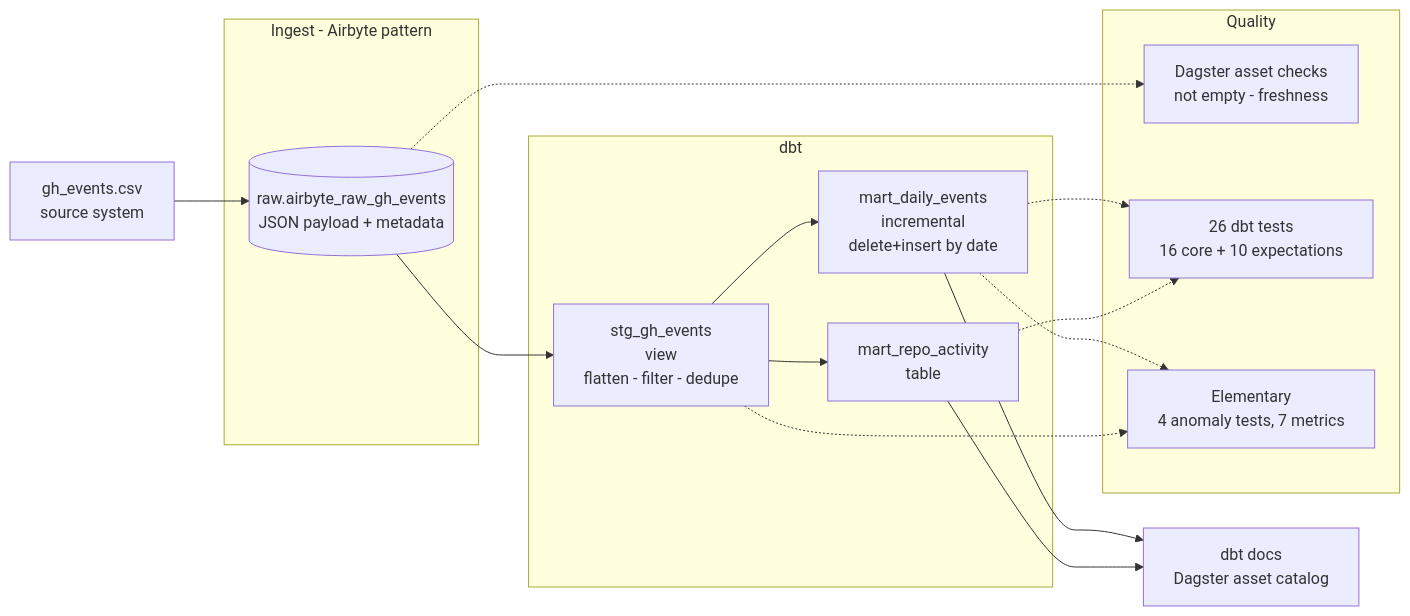
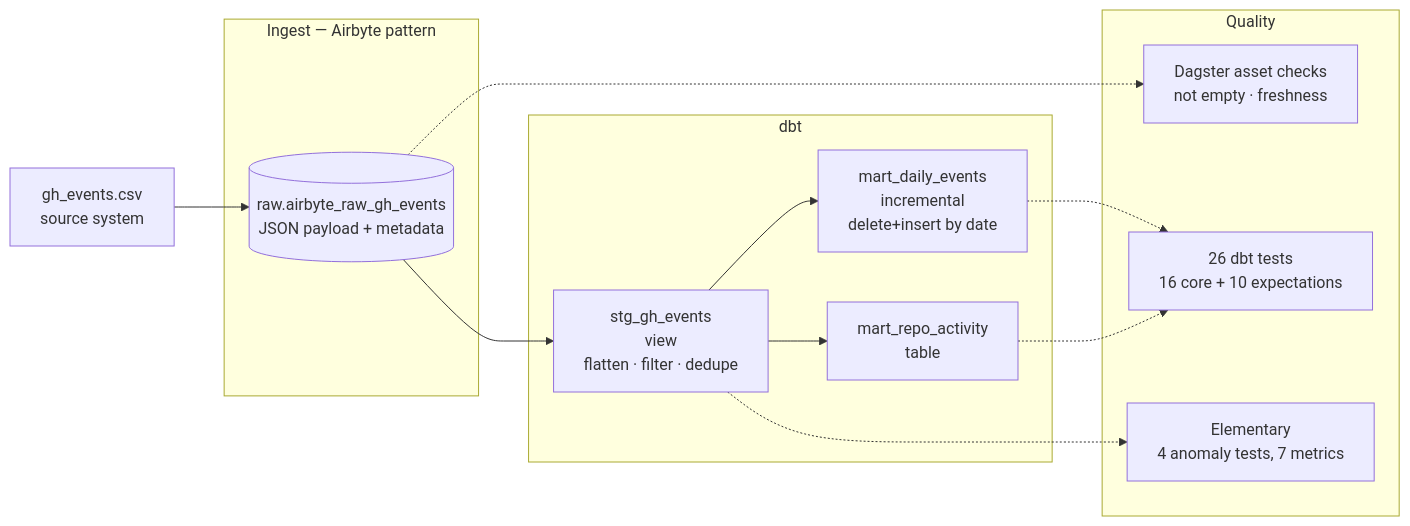
Before and after one commit to Seinokojii/analytics-engineer-roadmap: the first of 3 diagrams in README.md, drawn with Mermaid. The commit also changed other lines of this file and 2 other files, not shown here.

````diff
--- a/README.md
+++ b/README.md
@@ -16,33 +24,28 @@
 ```mermaid
 flowchart LR
     CSV["gh_events.csv<br/>source system"]
 
-    subgraph INGEST["Ingest - Airbyte pattern"]
+    subgraph INGEST["Ingest — Airbyte pattern"]
         RAW[("raw.airbyte_raw_gh_events<br/>JSON payload + metadata")]
     end
 
     subgraph TRANSFORM["dbt"]
-        STG["stg_gh_events<br/>view<br/>flatten - filter - dedupe"]
+        STG["stg_gh_events<br/>view<br/>flatten · filter · dedupe"]
         M1["mart_daily_events<br/>incremental<br/>delete+insert by date"]
         M2["mart_repo_activity<br/>table"]
     end
 
     subgraph QUALITY["Quality"]
-        AC["Dagster asset checks<br/>not empty - freshness"]
+        AC["Dagster asset checks<br/>not empty · freshness"]
         T["26 dbt tests<br/>16 core + 10 expectations"]
         EL["Elementary<br/>4 anomaly tests, 7 metrics"]
     end
-
-    DOCS["dbt docs<br/>Dagster asset catalog"]
 
     CSV --> RAW --> STG
     STG --> M1
     STG --> M2
     RAW -.-> AC
     M1 -.-> T
     M2 -.-> T
-    M1 -.-> EL
     STG -.-> EL
-    M1 --> DOCS
-    M2 --> DOCS
 ```
````
